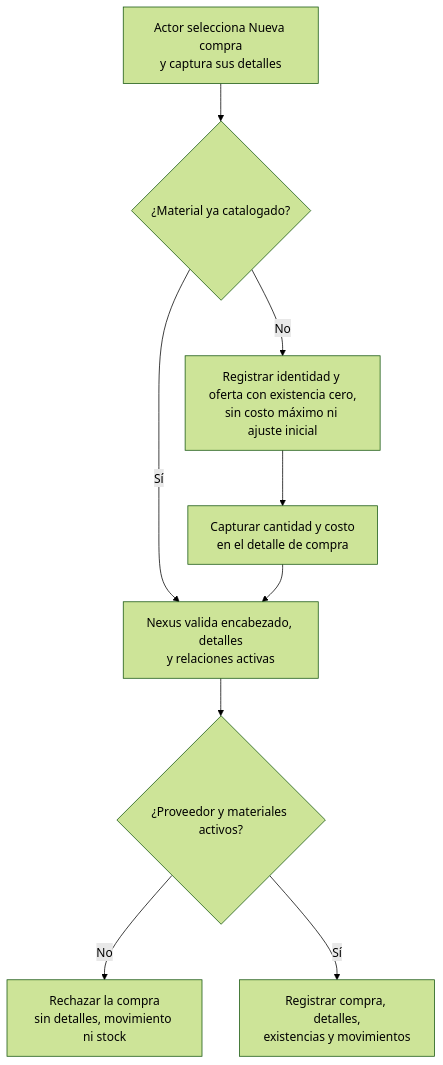
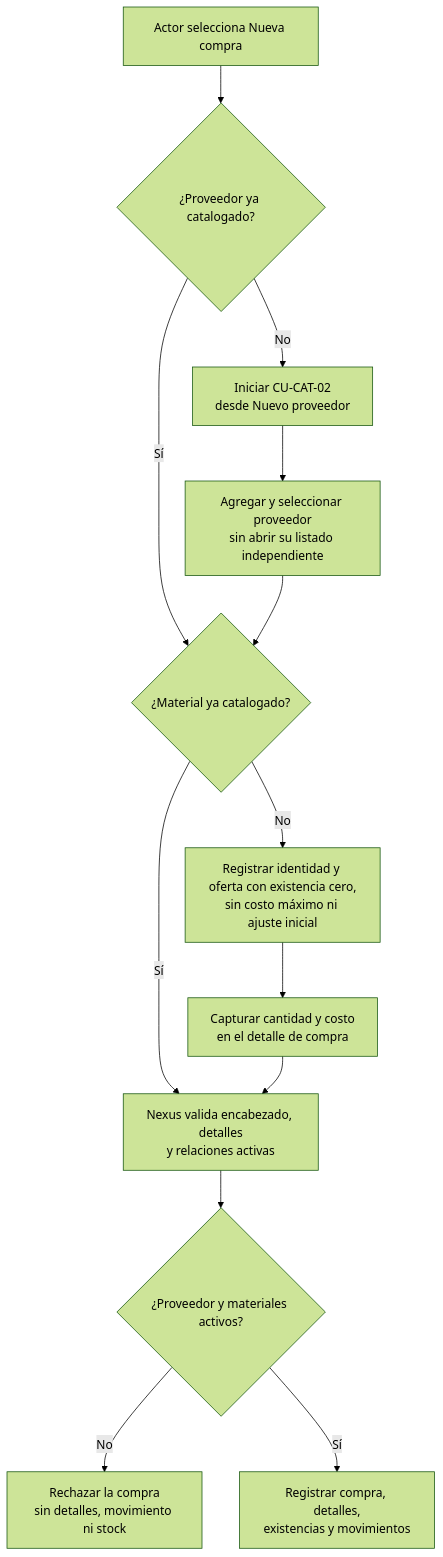
The diagram in docs/requirements/diagrams/purchases/cu-ent-02.md (gpgsistemas01/nexus), drawn with Mermaid (forest theme) before and after one commit. The commit also changed 38 other files, not shown here.

Commit message:
docs(diagrams): concretar mensajes de secuencia

````diff
--- a/docs/requirements/diagrams/purchases/cu-ent-02.md
+++ b/docs/requirements/diagrams/purchases/cu-ent-02.md
@@ -3,12 +3,16 @@
 ```mermaid
 flowchart TD
     accTitle: CU-ENT-02 — Crear compra de material
-    request["Actor selecciona Nueva compra<br/>y captura sus detalles"] --> catalogued{"¿Material ya catalogado?"}
+    request["Actor selecciona Nueva compra"] --> supplier{"¿Proveedor ya catalogado?"}
+    supplier -->|No| createSupplier["Iniciar CU-CAT-02<br/>desde Nuevo proveedor"]
+    createSupplier --> selectSupplier["Agregar y seleccionar proveedor<br/>sin abrir su listado independiente"]
+    supplier -->|Sí| catalogued{"¿Material ya catalogado?"}
+    selectSupplier --> catalogued
     catalogued -->|No| create["Registrar identidad y oferta con existencia cero,<br/>sin costo máximo ni ajuste inicial"]
     catalogued -->|Sí| validate
     create --> detail["Capturar cantidad y costo<br/>en el detalle de compra"]
     detail --> validate["Nexus valida encabezado, detalles<br/>y relaciones activas"]
     validate --> active{"¿Proveedor y materiales activos?"}
     active -->|No| reject["Rechazar la compra<br/>sin detalles, movimiento ni stock"]
     active -->|Sí| result["Registrar compra, detalles,<br/>existencias y movimientos"]
 ```
````
